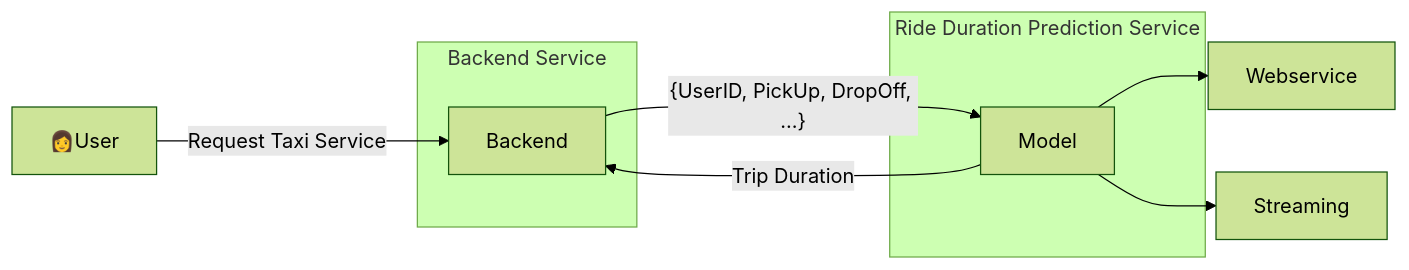
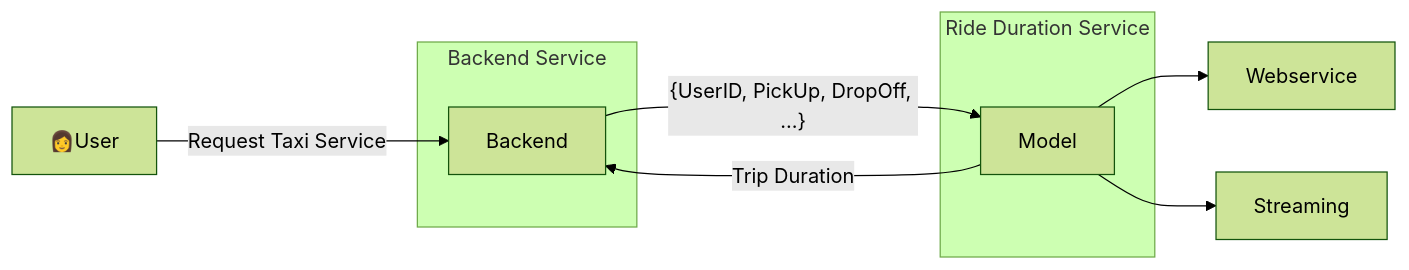
The second of 4 diagrams in week04/README.md (mossdet/mlops-dlp), drawn with Mermaid (forest theme) before and after one commit. The commit also changed other lines of this file, not shown here.

````diff
--- a/week04/README.md
+++ b/week04/README.md
@@ -28,19 +28,19 @@
 ```mermaid
 graph LR
     classDef sub opacity:0
     classDef note fill:#ffd, stroke:#ccb
 
     User[👩User]--> |Request Taxi Service| Backend[Backend]
     Backend--> |"{UserID, PickUp, DropOff, ...}"| Model["Model"]
     Model--> |"Trip Duration"| Backend
     Model--> WebService[Webservice]
     Model--> Streaming[Streaming]
 
     subgraph subBackendService ["Backend Service "]
         Backend
     end
 
-    subgraph subRideDurationService ["Ride Duration Prediction Service"]
+    subgraph subRideDurationService ["Ride Duration Service"]
         Model
     end
 ```
````
